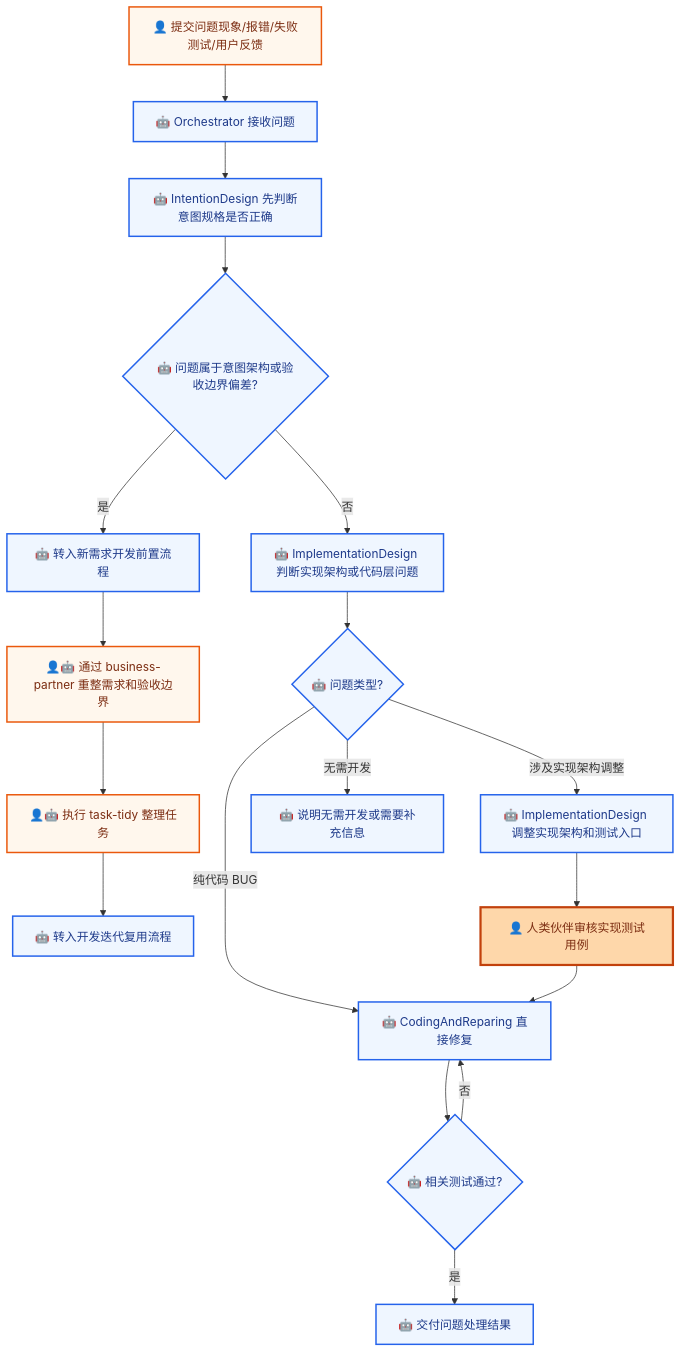
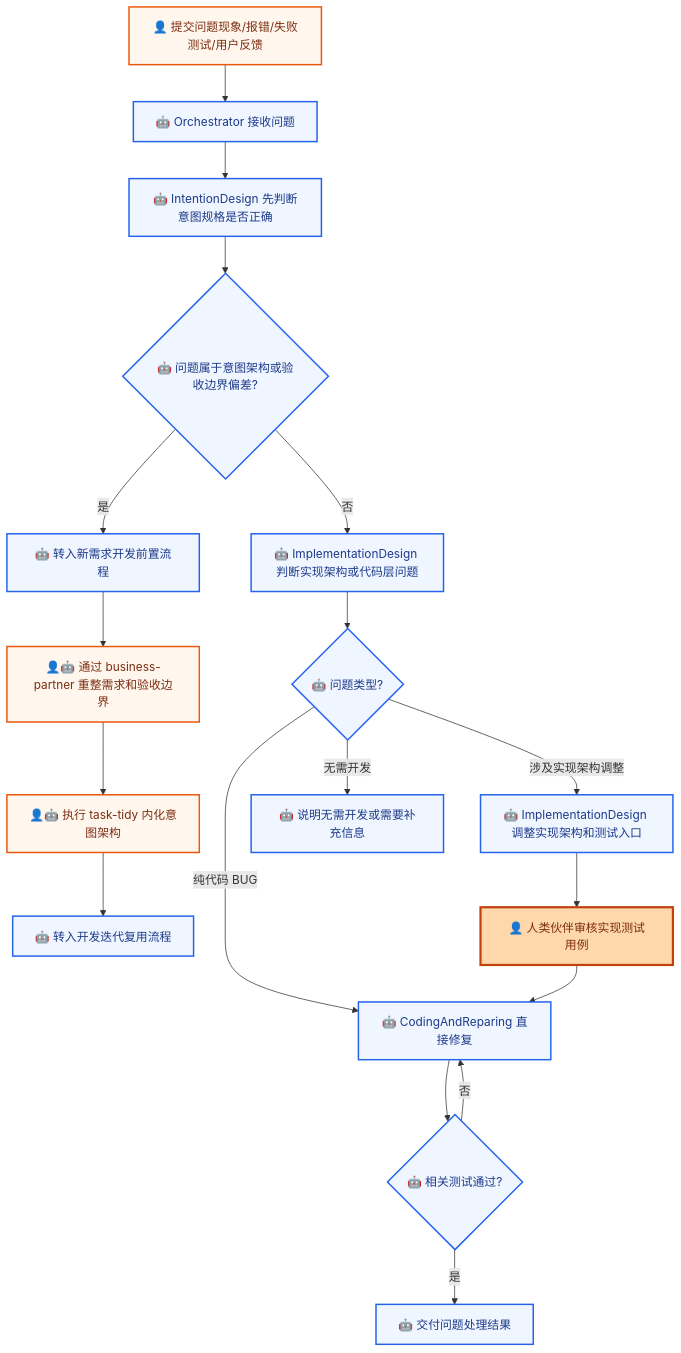
One commit to derekhu0002/Argo changed the third of 5 diagrams in README.md. Above: the diagram before and after it, drawn with Mermaid. The commit also changed other lines of this file and 7 other files, not shown here.

````diff
--- a/README.md
+++ b/README.md
@@ -120,26 +120,26 @@
 ```mermaid
 flowchart TD
     A[👤 提交问题现象/报错/失败测试/用户反馈] --> B[🤖 Orchestrator 接收问题]
     B --> C[🤖 IntentionDesign 先判断意图规格是否正确]
     C --> D{🤖 问题属于意图架构或验收边界偏差?}
     D -- 是 --> E[🤖 转入新需求开发前置流程]
     E --> F[👤🤖 通过 business-partner 重整需求和验收边界]
-    F --> G[👤🤖 执行 task-tidy 整理任务]
+    F --> G[👤🤖 执行 task-tidy 内化意图架构]
     G --> P[🤖 转入开发迭代复用流程]
     D -- 否 --> H[🤖 ImplementationDesign 判断实现架构或代码层问题]
     H --> I{🤖 问题类型?}
     I -- 纯代码 BUG --> J[🤖 CodingAndReparing 直接修复]
     I -- 涉及实现架构调整 --> K[🤖 ImplementationDesign 调整实现架构和测试入口]
     K --> L[👤 人类伙伴审核实现测试用例]
     L --> J
     J --> M{🤖 相关测试通过?}
     M -- 否 --> J
     M -- 是 --> N[🤖 交付问题处理结果]
     I -- 无需开发 --> O[🤖 说明无需开发或需要补充信息]
     classDef human fill:#fff7ed,stroke:#ea580c,color:#7c2d12,stroke-width:2px
     classDef humanDecision fill:#fed7aa,stroke:#c2410c,color:#7c2d12,stroke-width:3px
     classDef ai fill:#eff6ff,stroke:#2563eb,color:#1e3a8a,stroke-width:2px
     class A,F,G human
     class L humanDecision
     class B,C,D,E,P,H,I,J,K,M,N,O ai
 ```
````
